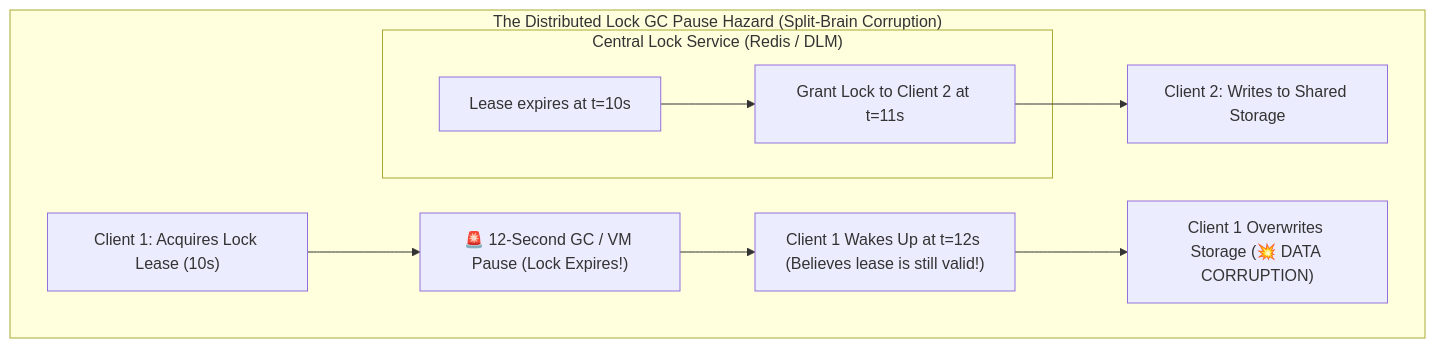
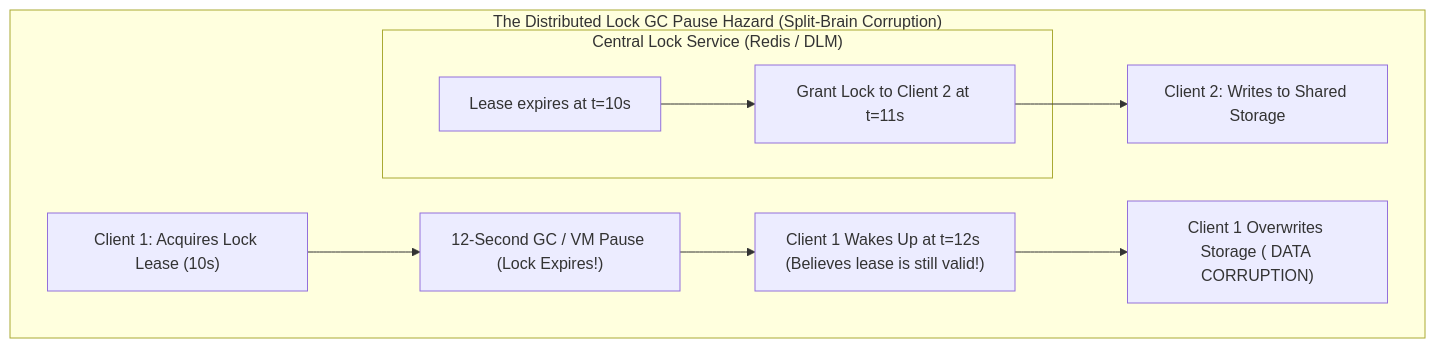
One commit to akmalkhaniub/akmalkhaniub.github.io changed the first of 2 diagrams in blog/posts/distributed-lock-managers-redlock-controversy-fencing-tokens.md. Above: the diagram before and after it, drawn with Mermaid. The commit also changed 411 other files, not shown here.

````diff
--- a/blog/posts/distributed-lock-managers-redlock-controversy-fencing-tokens.md
+++ b/blog/posts/distributed-lock-managers-redlock-controversy-fencing-tokens.md
@@ -11,14 +11,14 @@
 ```mermaid
-graph TD
+flowchart TD
   subgraph SG1_TheDistributedLock ["The Distributed Lock GC Pause Hazard (Split-Brain Corruption)"]
-    ClientA["Client 1: Acquires Lock Lease (10s)"] --> GC["🚨 12-Second GC / VM Pause (Lock Expires!)"]
+    ClientA["Client 1: Acquires Lock Lease (10s)"] --> GC[" 12-Second GC / VM Pause (Lock Expires!)"]
     
     subgraph SG2_CentralLockService ["Central Lock Service (Redis / DLM)"]
       Expire["Lease expires at t=10s"] --> GrantB["Grant Lock to Client 2 at t=11s"]
     end
     
     GrantB --> ClientB["Client 2: Writes to Shared Storage"]
     GC --> Wakeup["Client 1 Wakes Up at t=12s (Believes lease is still valid!)"]
-    Wakeup --> Overwrite["Client 1 Overwrites Storage (💥 DATA CORRUPTION)"]
+    Wakeup --> Overwrite["Client 1 Overwrites Storage ( DATA CORRUPTION)"]
   end
 ```
````
